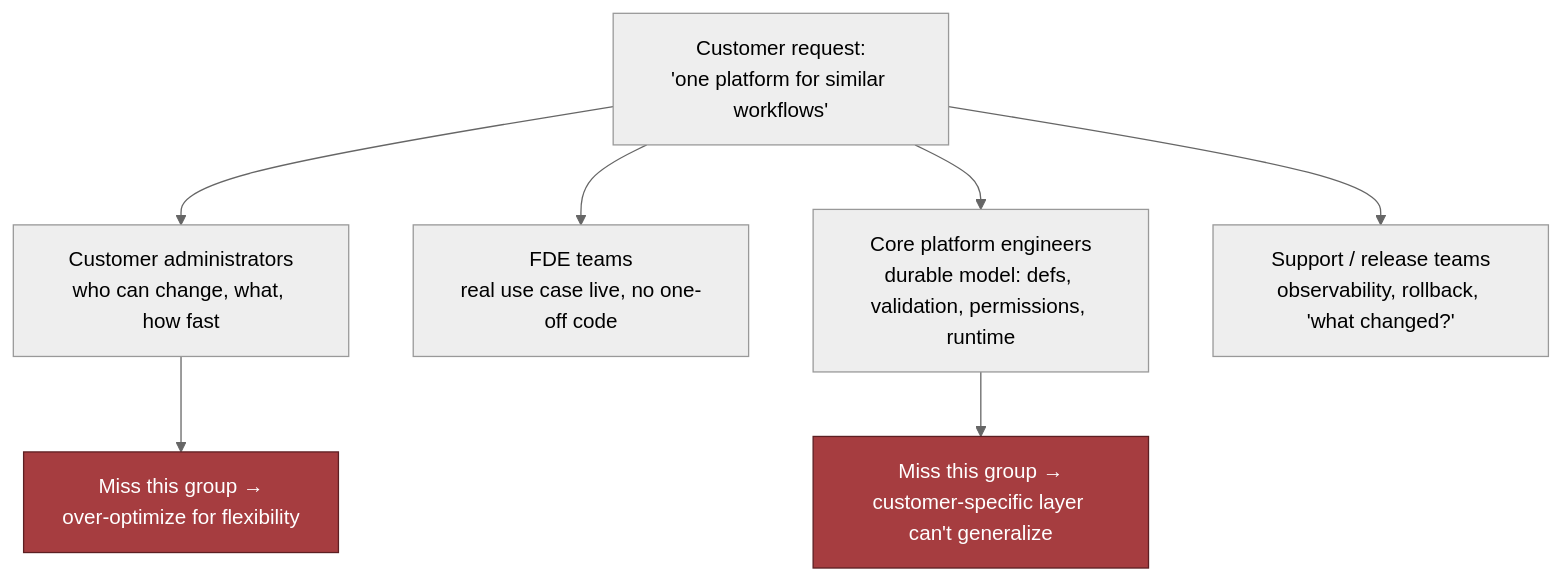
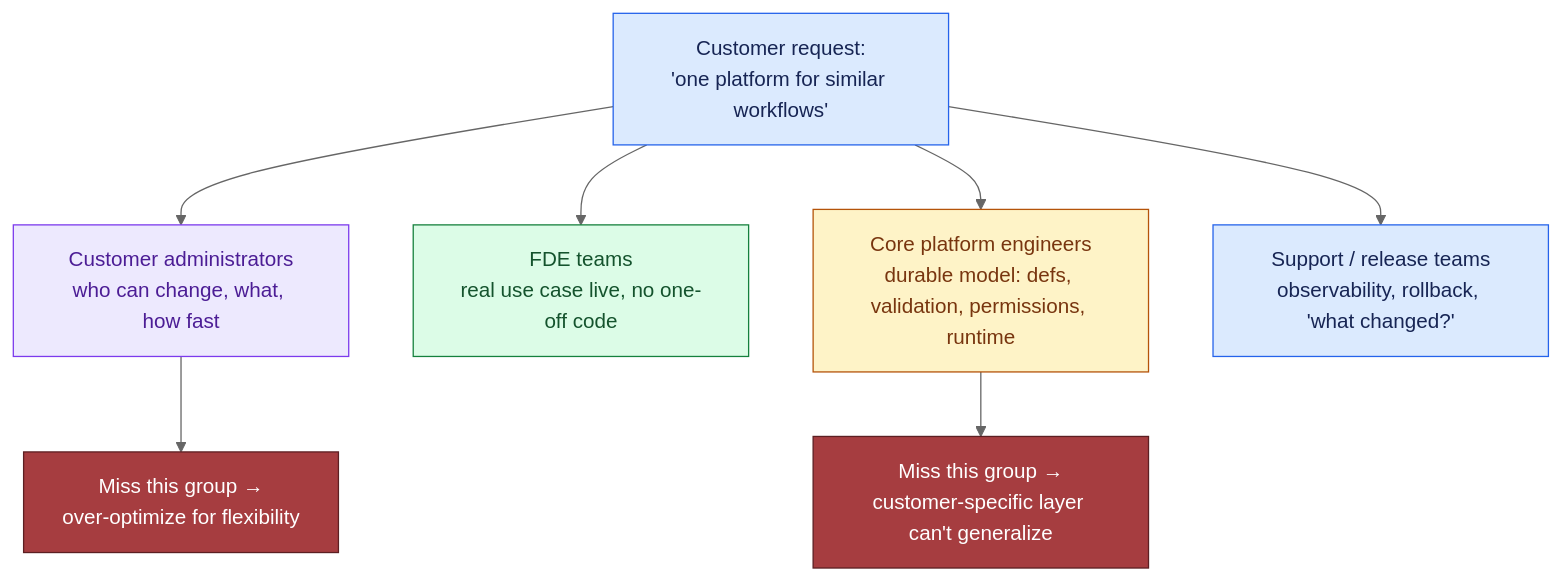
The first of 3 diagrams in site/content/modules/15-fde-case-studies/standalone-designs/configurable-platform-customer-workflows/tutorial-v2.md (Sourav692/Forward-Deployed-Engineer-Interview-Prep), drawn with Mermaid (neutral theme) before and after one commit. The commit also changed other lines of this file and 1268 other files, not shown here.

First line of the commit message:
content: polish Casebook writing and Mermaid diagrams (#251)

````diff
--- a/site/content/modules/15-fde-case-studies/standalone-designs/configurable-platform-customer-workflows/tutorial-v2.md
+++ b/site/content/modules/15-fde-case-studies/standalone-designs/configurable-platform-customer-workflows/tutorial-v2.md
@@ -108,12 +108,22 @@
 ```mermaid
 flowchart TD
   REQ["Customer request:<br/>'one platform for similar workflows'"]
   REQ --> ADMIN["Customer administrators<br/>who can change, what, how fast"]
   REQ --> FDE["FDE teams<br/>real use case live, no one-off code"]
   REQ --> PLATFORM["Core platform engineers<br/>durable model: defs, validation, permissions, runtime"]
   REQ --> SUPPORT["Support / release teams<br/>observability, rollback, 'what changed?'"]
   ADMIN --> RISK1["Miss this group →<br/>over-optimize for flexibility"]
   PLATFORM --> RISK2["Miss this group →<br/>customer-specific layer can't generalize"]
   style RISK1 fill:#a63d40,stroke:#5c1f22,color:#fff
   style RISK2 fill:#a63d40,stroke:#5c1f22,color:#fff
+
+    %% Casebook colours: entry, reasoning, results, controls, and stopped paths.
+    classDef cbInput fill:#dbeafe,stroke:#2563eb,color:#172554
+    class REQ,SUPPORT cbInput
+    classDef cbReason fill:#ede9fe,stroke:#7c3aed,color:#4c1d95
+    class ADMIN,RISK1 cbReason
+    classDef cbAction fill:#dcfce7,stroke:#15803d,color:#14532d
+    class FDE,RISK2 cbAction
+    classDef cbPolicy fill:#fef3c7,stroke:#b45309,color:#78350f
+    class PLATFORM cbPolicy
 ```
````
